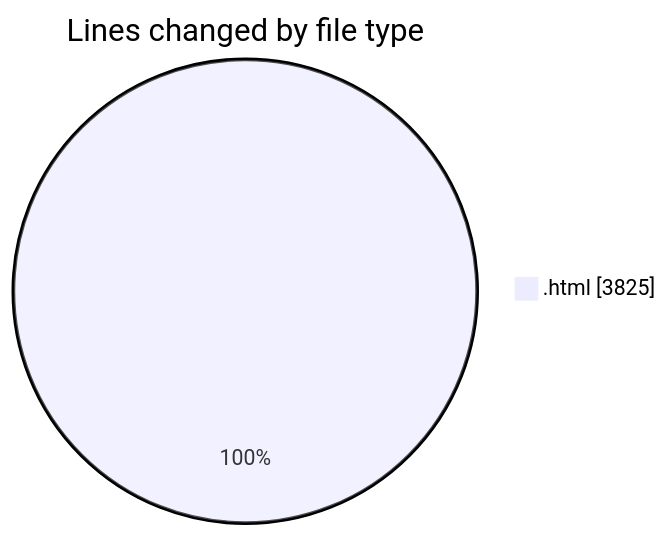
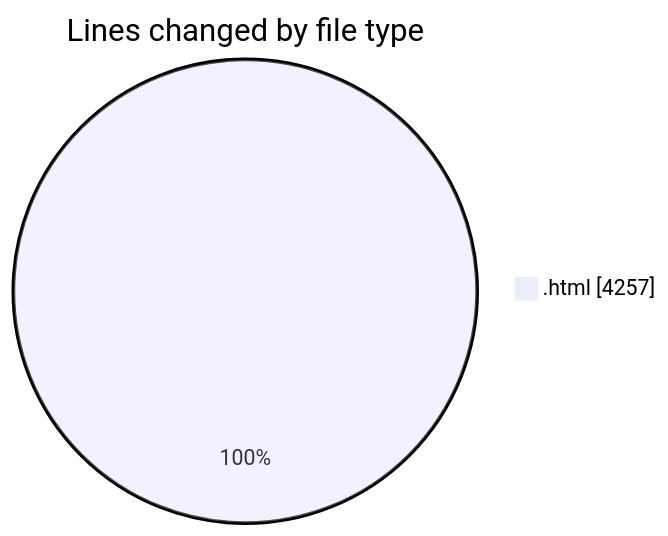
The first of 2 diagrams in 2025-08-10/nxtqube_webapp/README.md (nxtqubesakshisongat/code-tracking), drawn with Mermaid before and after one commit. The commit also changed other lines of this file and 1 other file, not shown here.

````diff
--- a/2025-08-10/nxtqube_webapp/README.md
+++ b/2025-08-10/nxtqube_webapp/README.md
@@ -21,5 +21,5 @@
 ```mermaid
 pie showData
 title Lines changed by file type
-".html" : 3825
+".html" : 4257
 ```
````
